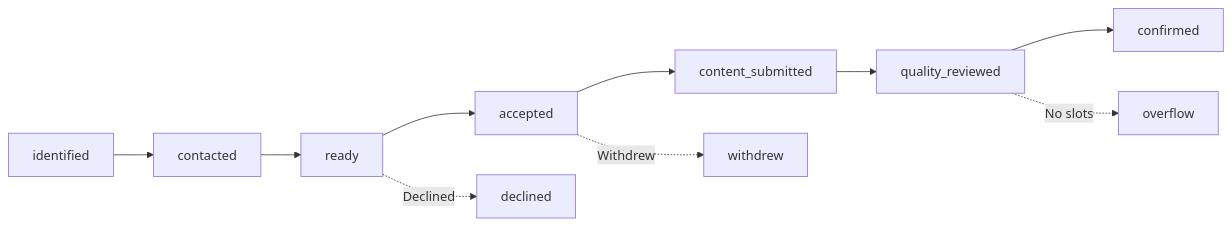
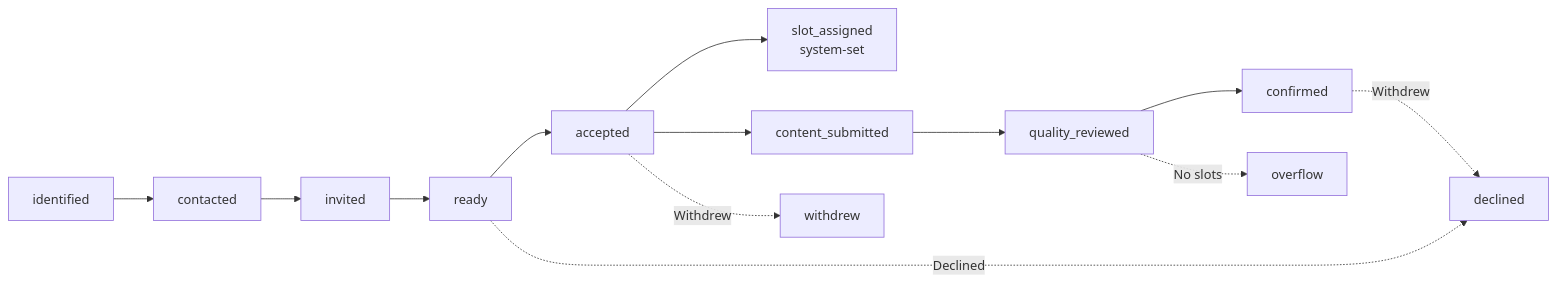
One commit to nissimbuchs/BATbern2 changed the diagram in docs/user-guide/workflow/phase-b-outreach.md. Above: the diagram before and after it, drawn with Mermaid. The commit also changed other lines of this file and 8 other files, not shown here.

````diff
--- a/docs/user-guide/workflow/phase-b-outreach.md
+++ b/docs/user-guide/workflow/phase-b-outreach.md
@@ -171,13 +171,16 @@
 ```mermaid
 graph LR
     A[identified] --> B[contacted]
-    B --> C[ready]
+    B --> BI[invited]
+    BI --> C[ready]
     C --> D[accepted]
+    D --> SA[slot_assigned\nsystem-set]
     D --> E[content_submitted]
     E --> F[quality_reviewed]
     F --> G[confirmed]
 
     C -.->|Declined| H[declined]
     D -.->|Withdrew| I[withdrew]
     F -.->|No slots| J[overflow]
+    G -.->|Withdrew| H
 ```
````
